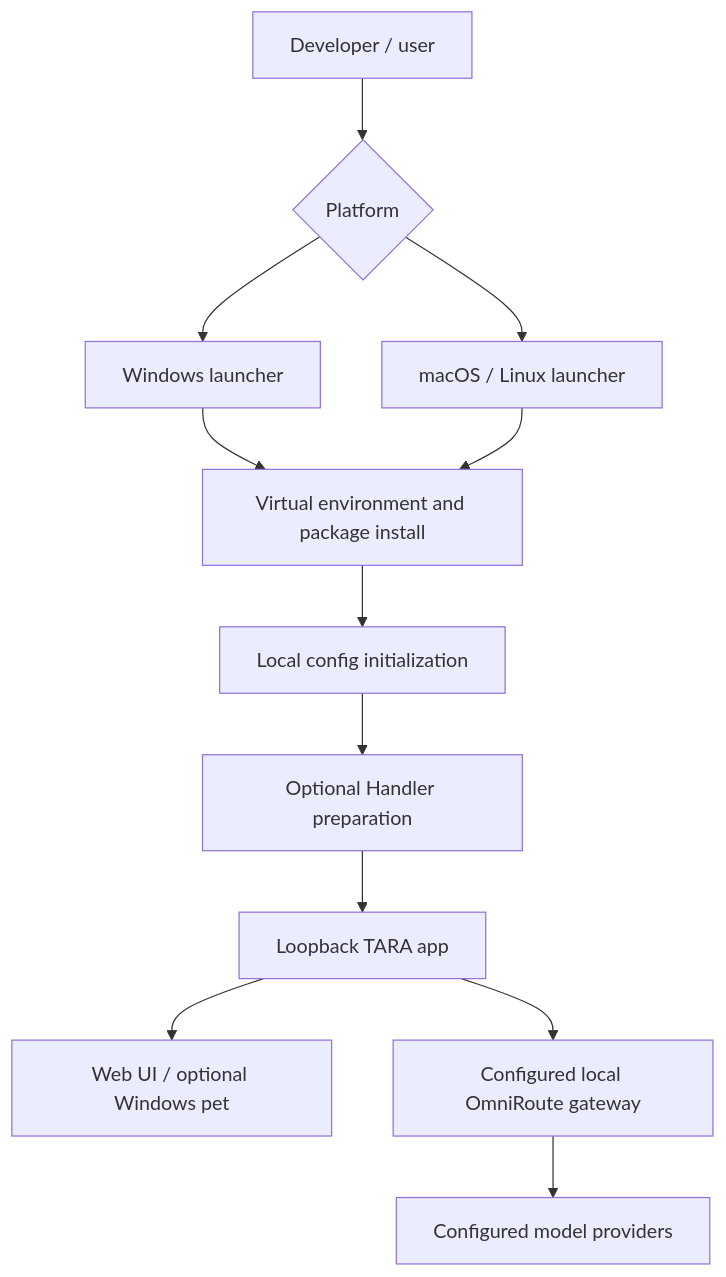
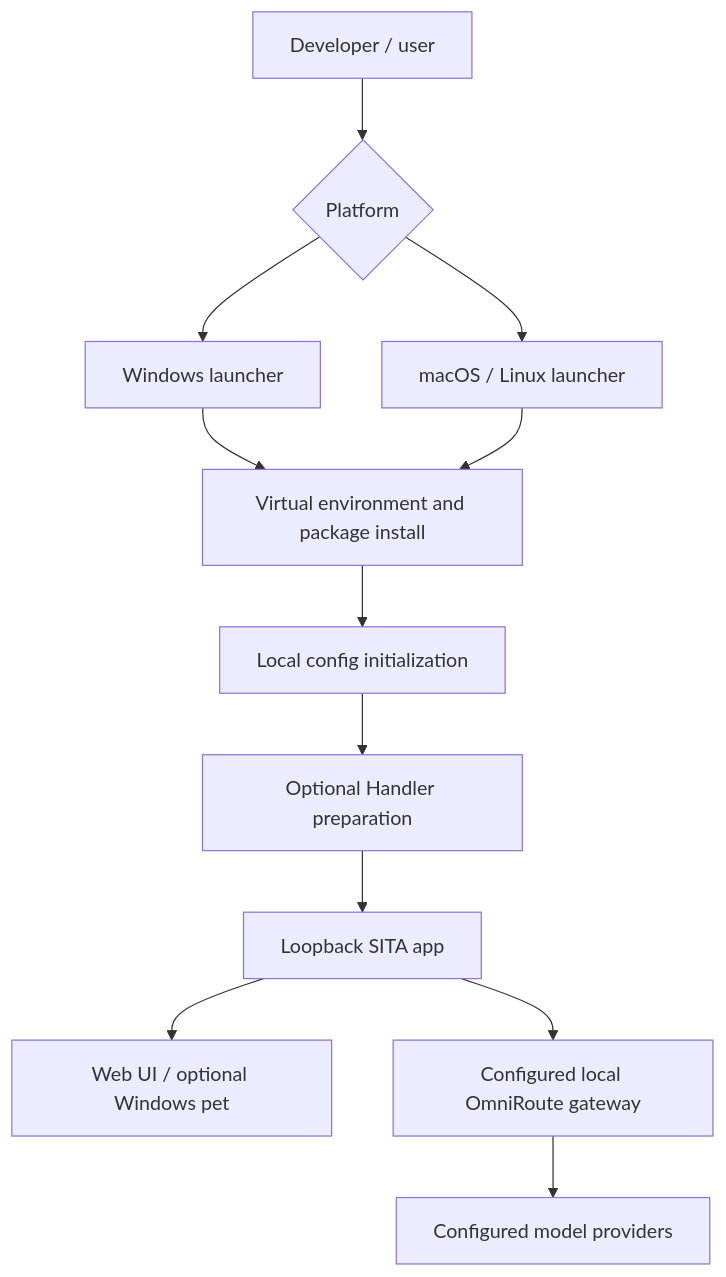
Diagram 19 of 20 in docs/FEATURE_AND_NEURAL_NETWORK_DIAGRAMS.md (deathkernel/TARA-App), drawn with Mermaid before and after one commit. The commit also changed other lines of this file and 96 other files, not shown here.

Commit message:
feat(branding): rebrand TARA product as SITA

````diff
--- a/docs/FEATURE_AND_NEURAL_NETWORK_DIAGRAMS.md
+++ b/docs/FEATURE_AND_NEURAL_NETWORK_DIAGRAMS.md
@@ -381,14 +381,14 @@
 ```mermaid
 flowchart TD
   Start[Developer / user] --> OS{Platform}
   OS --> Win[Windows launcher]
   OS --> Unix[macOS / Linux launcher]
   Win --> Env[Virtual environment and package install]
   Unix --> Env
   Env --> Config[Local config initialization]
   Config --> Optional[Optional Handler preparation]
-  Optional --> App[Loopback TARA app]
+  Optional --> App[Loopback SITA app]
   App --> UI[Web UI / optional Windows pet]
   App --> Omni[Configured local OmniRoute gateway]
   Omni --> Provider[Configured model providers]
 ```
````
